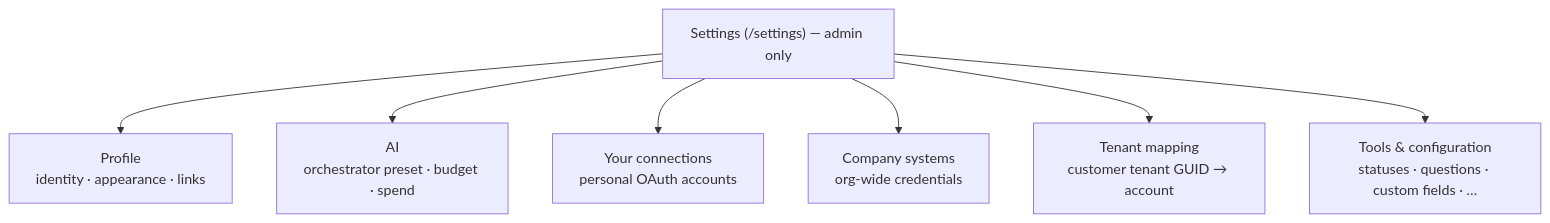
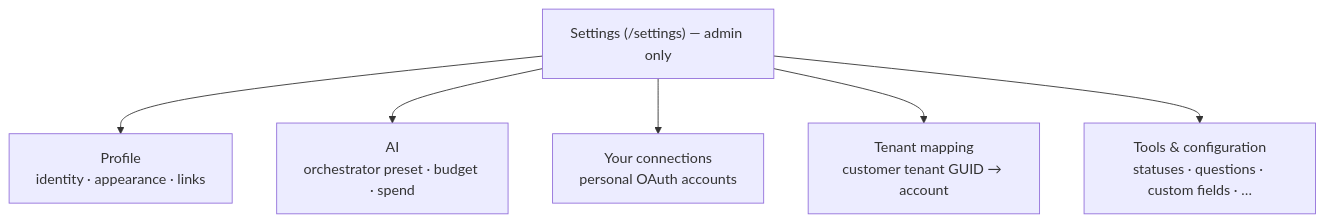
Before and after one commit to markdconnelly/ImperionCRM: the diagram in docs/admin-guides/settings.md, drawn with Mermaid. The commit also changed other lines of this file and 11 other files, not shown here.

````diff
--- a/docs/admin-guides/settings.md
+++ b/docs/admin-guides/settings.md
@@ -35,10 +35,9 @@
 ```mermaid
 flowchart TB
     SET["Settings (/settings) — admin only"]
     SET --> PROF["Profile<br/>identity · appearance · links"]
     SET --> AI["AI<br/>orchestrator preset · budget · spend"]
     SET --> CONN["Your connections<br/>personal OAuth accounts"]
-    SET --> CRED["Company systems<br/>org-wide credentials"]
     SET --> TEN["Tenant mapping<br/>customer tenant GUID → account"]
     SET --> TOOLS["Tools & configuration<br/>statuses · questions · custom fields · …"]
 ```
````
